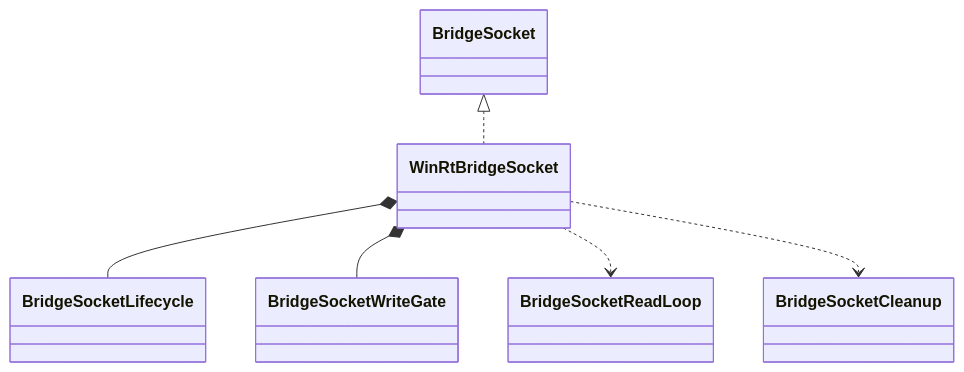
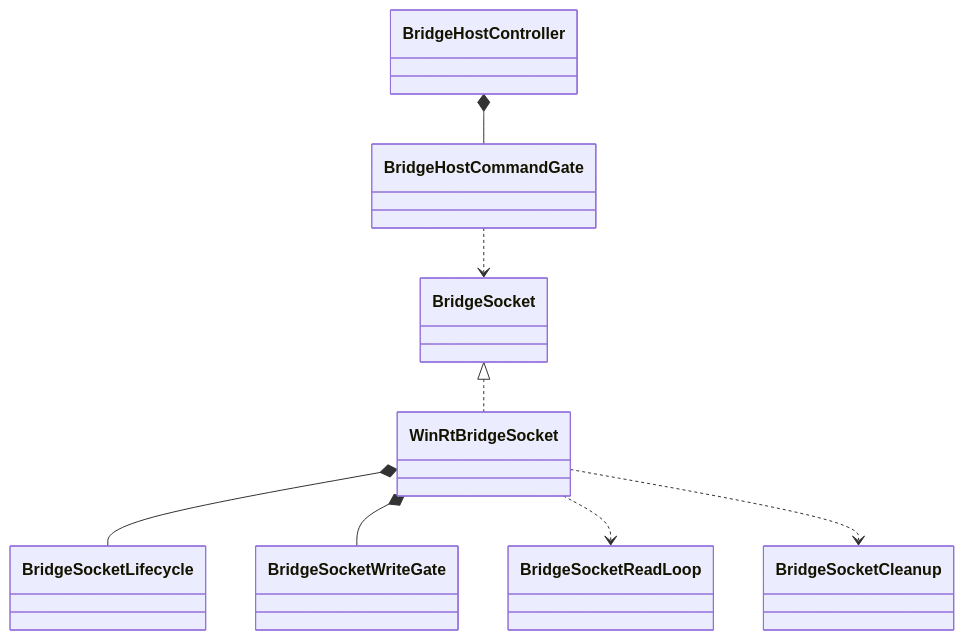
Before and after one commit to aloisiocosta-prof/universal-ssh: the first of 14 diagrams in docs/architecture/uml.md, drawn with Mermaid. The commit also changed other lines of this file and 7 other files, not shown here.

First line of the commit message:
feat(uwp): serialize host bridge commands (#63)

````diff
--- a/docs/architecture/uml.md
+++ b/docs/architecture/uml.md
@@ -4,8 +4,10 @@
 ```mermaid
 classDiagram
+  BridgeHostController *-- BridgeHostCommandGate
+  BridgeHostCommandGate ..> BridgeSocket
   BridgeSocket <|.. WinRtBridgeSocket
   WinRtBridgeSocket *-- BridgeSocketLifecycle
   WinRtBridgeSocket *-- BridgeSocketWriteGate
   WinRtBridgeSocket ..> BridgeSocketReadLoop
   WinRtBridgeSocket ..> BridgeSocketCleanup
 ```
````
